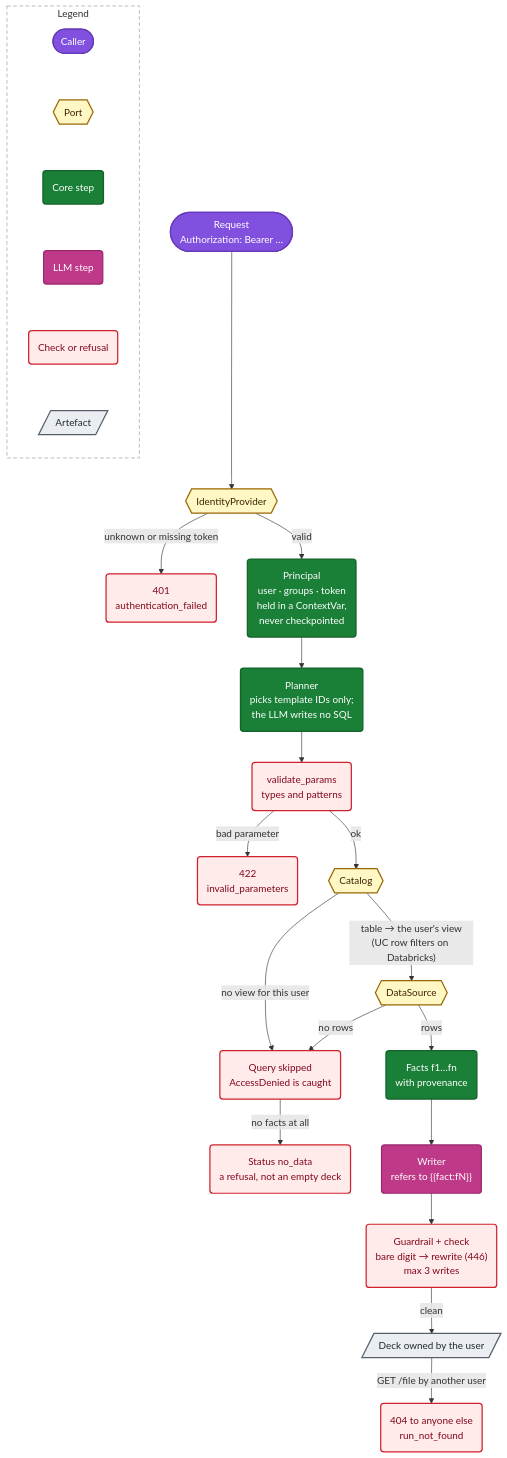
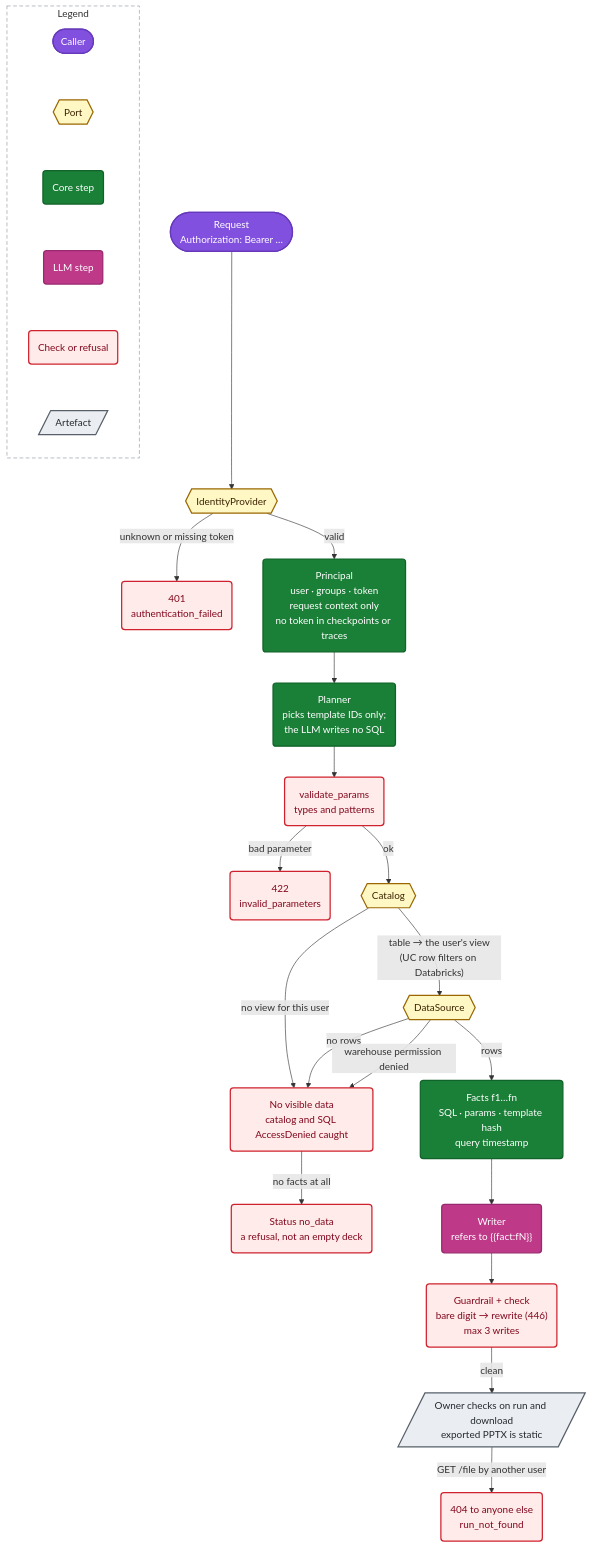
The diagram in docs/diagrams/security-flow.mmd (santoshshinde2012/deck-smith-local), drawn with Mermaid before and after one commit. The commit also changed 30 other files, not shown here.

```diff
--- a/docs/diagrams/security-flow.mmd
+++ b/docs/diagrams/security-flow.mmd
@@ -1,50 +1,51 @@
 %% diagram: security-flow
-%% caption: Security and permissions. Every request becomes a principal; data is read only through approved templates and the user's own views; numbers come only from facts; runs belong to their owner.
+%% caption: Security and permissions. Queries use the caller's data access through reviewed templates; writer references are checked; runs and downloads have owner checks. Exported PPTX files are static and do not enforce recipient permissions.
 flowchart TB
   REQ(["Request<br/>Authorization: Bearer …"]):::ui
   ID{{"IdentityProvider"}}:::port
   E401("401<br/>authentication_failed"):::sec
-  PRIN("Principal<br/>user · groups · token<br/>held in a ContextVar,<br/>never checkpointed"):::core
+  PRIN("Principal<br/>user · groups · token<br/>request context only<br/>no token in checkpoints or traces"):::core
   PLAN("Planner<br/>picks template IDs only;<br/>the LLM writes no SQL"):::core
   VAL("validate_params<br/>types and patterns"):::sec
   E422("422<br/>invalid_parameters"):::sec
   CAT{{"Catalog"}}:::port
-  SKIP("Query skipped<br/>AccessDenied is caught"):::sec
+  SKIP("No visible data<br/>catalog and SQL AccessDenied caught"):::sec
   DS{{"DataSource"}}:::port
   E409("Status no_data<br/>a refusal, not an empty deck"):::sec
-  FACTS("Facts f1…fn<br/>with provenance"):::core
+  FACTS("Facts f1…fn<br/>SQL · params · template hash<br/>query timestamp"):::core
   WRITE("Writer<br/>refers to {{fact:fN}}"):::llm
   G446("Guardrail + check<br/>bare digit → rewrite (446)<br/>max 3 writes"):::sec
-  DECK[/"Deck owned by the user"/]:::store
+  DECK[/"Owner checks on run and download<br/>exported PPTX is static"/]:::store
   E404("404 to anyone else<br/>run_not_found"):::sec
 
   REQ --> ID
   ID -->|unknown or missing token| E401
   ID -->|valid| PRIN --> PLAN --> VAL
   VAL -->|bad parameter| E422
   VAL -->|ok| CAT
   CAT -->|"table → the user's view<br/>(UC row filters on Databricks)"| DS
   CAT -->|no view for this user| SKIP
   SKIP -->|no facts at all| E409
   DS -->|no rows| SKIP
+  DS -->|warehouse permission denied| SKIP
   DS -->|rows| FACTS --> WRITE --> G446
   G446 -->|clean| DECK
   DECK -->|GET /file by another user| E404
 
   subgraph LEGEND["Legend"]
     direction TB
     K1(["Caller"]):::ui ~~~ K2{{"Port"}}:::port ~~~ K3("Core step"):::core ~~~ K4("LLM step"):::llm ~~~ K5("Check or refusal"):::sec ~~~ K6[/"Artefact"/]:::store
   end
 
   classDef ui fill:#8250DF,stroke:#6639BA,stroke-width:2px,color:#FFFFFF
   classDef app fill:#0969DA,stroke:#0550AE,stroke-width:2px,color:#FFFFFF
   classDef core fill:#1A7F37,stroke:#116329,stroke-width:2px,color:#FFFFFF
   classDef port fill:#FFF8C5,stroke:#9A6700,stroke-width:2px,color:#3B2300
   classDef local fill:#DDF4FF,stroke:#0969DA,stroke-width:2px,color:#0A3069
   classDef dbx fill:#FFF1E5,stroke:#BC4C00,stroke-width:2px,color:#762C00
   classDef store fill:#EAEEF2,stroke:#57606A,stroke-width:2px,color:#24292F
   classDef llm fill:#BF3989,stroke:#99286E,stroke-width:2px,color:#FFFFFF
   classDef obs fill:#1B7C83,stroke:#0E5A60,stroke-width:2px,color:#FFFFFF
   classDef ext fill:#57606A,stroke:#32383F,stroke-width:2px,color:#FFFFFF,stroke-dasharray:4 3
   classDef sec fill:#FFEBE9,stroke:#CF222E,stroke-width:2px,color:#82071E
   style LEGEND fill:transparent,stroke:#8C959F,stroke-width:1px,stroke-dasharray:6 4
```
